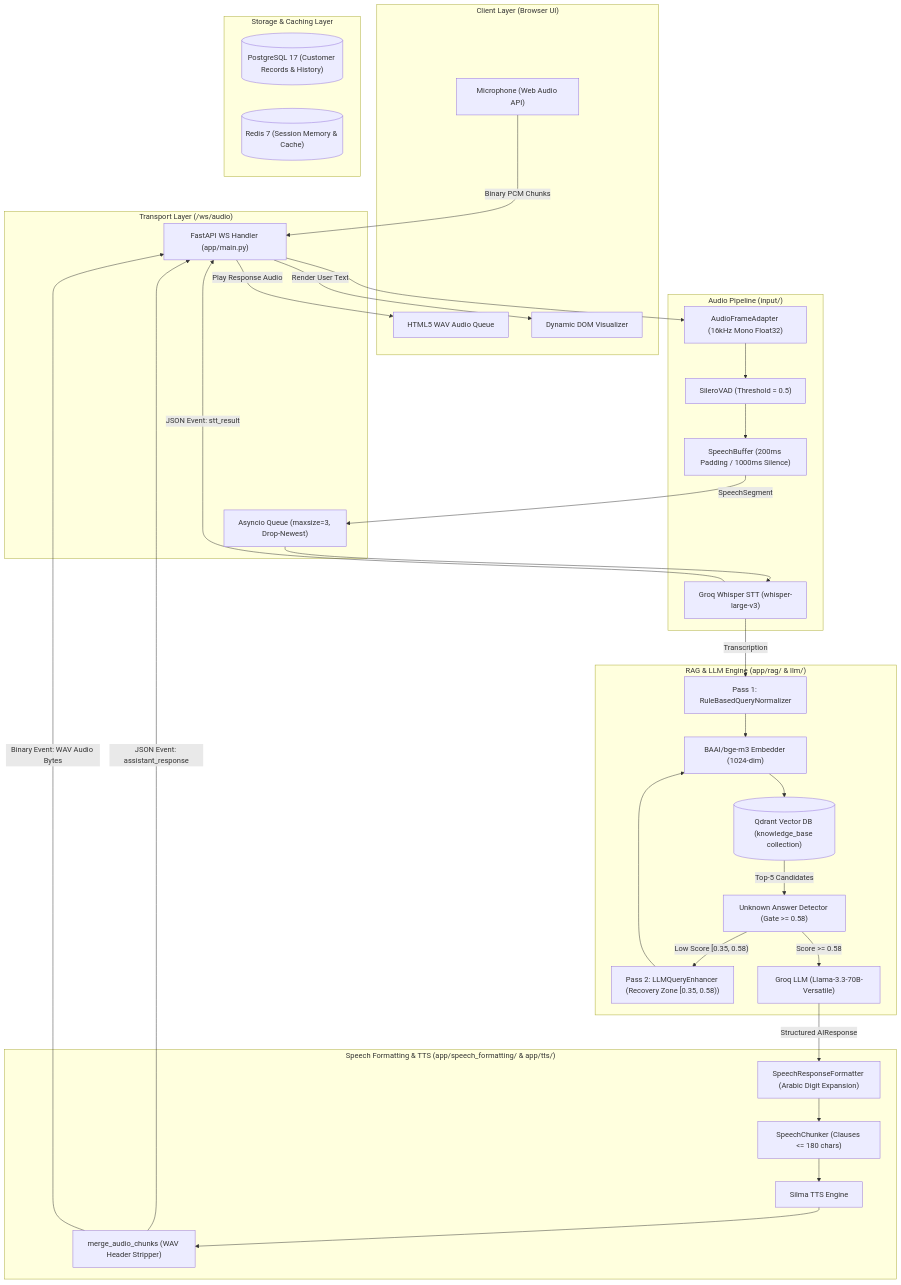
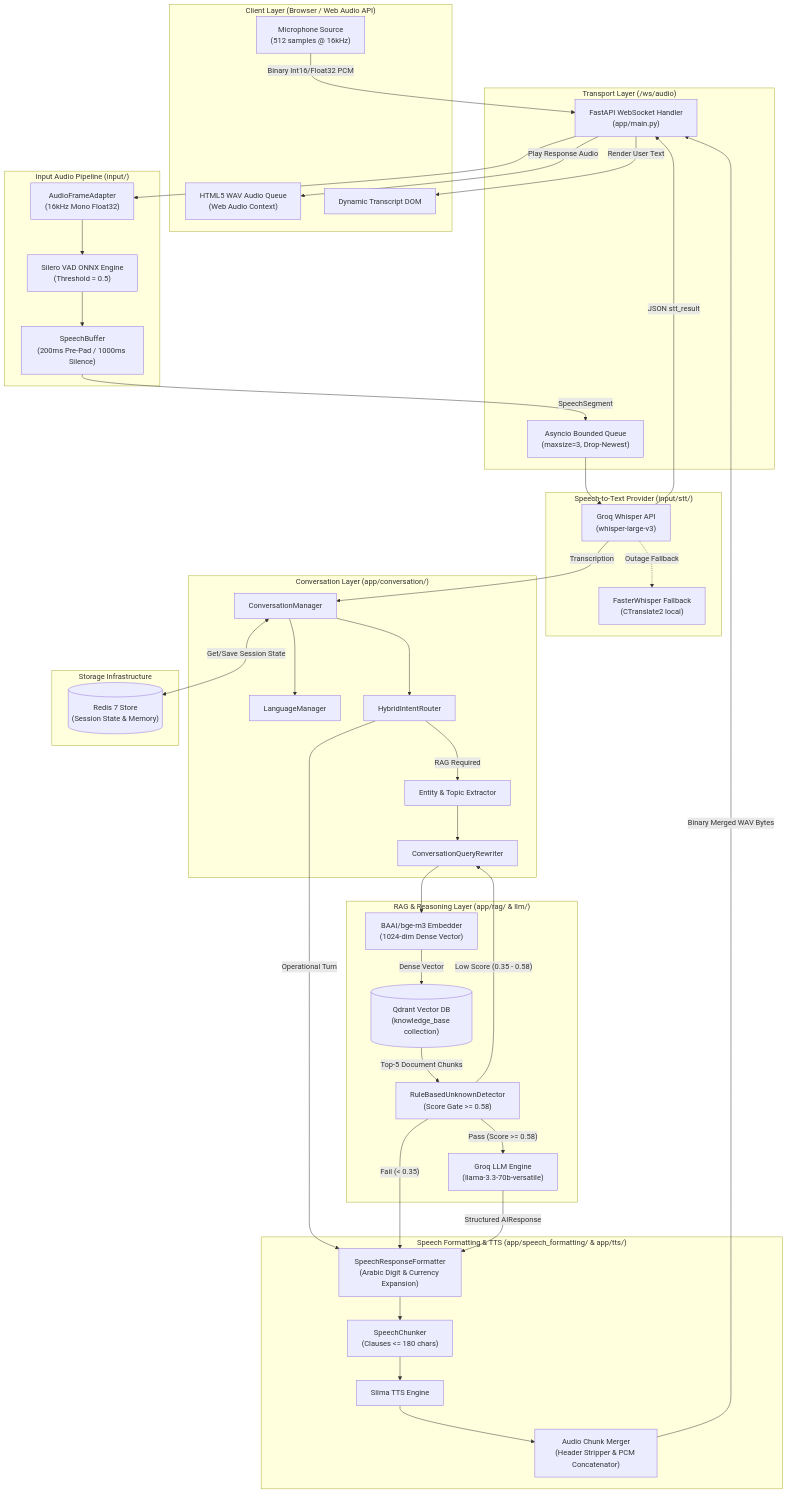
One commit to MaroWael/ai-voice-agent changed the first of 6 diagrams in SYSTEM_DOCUMENTATION.md. Above: the diagram before and after it, drawn with Mermaid. The commit also changed other lines of this file and 32 other files, not shown here.

````diff
--- a/SYSTEM_DOCUMENTATION.md
+++ b/SYSTEM_DOCUMENTATION.md
@@ -73,58 +157,75 @@
 ```mermaid
 flowchart TD
-    subgraph Client ["Client Layer (Browser UI)"]
-        Mic["Microphone (Web Audio API)"]
-        Player["HTML5 WAV Audio Queue"]
-        UI["Dynamic DOM Visualizer"]
+    subgraph Client ["Client Layer (Browser / Web Audio API)"]
+        Mic["Microphone Source\n(512 samples @ 16kHz)"]
+        Player["HTML5 WAV Audio Queue\n(Web Audio Context)"]
+        UI["Dynamic Transcript DOM"]
     end
 
     subgraph Transport ["Transport Layer (/ws/audio)"]
-        WSHandler["FastAPI WS Handler (app/main.py)"]
-        WorkerQueue["Asyncio Queue (maxsize=3, Drop-Newest)"]
+        WS["FastAPI WebSocket Handler\n(app/main.py)"]
+        Queue["Asyncio Bounded Queue\n(maxsize=3, Drop-Newest)"]
     end
 
-    subgraph InputProcessing ["Audio Pipeline (input/)"]
-        Adapter["AudioFrameAdapter (16kHz Mono Float32)"]
-        VAD["SileroVAD (Threshold = 0.5)"]
-        Buffer["SpeechBuffer (200ms Padding / 1000ms Silence)"]
-        STT["Groq Whisper STT (whisper-large-v3)"]
+    subgraph AudioPipeline ["Input Audio Pipeline (input/)"]
+        Adapter["AudioFrameAdapter\n(16kHz Mono Float32)"]
+        VAD["Silero VAD ONNX Engine\n(Threshold = 0.5)"]
+        Buffer["SpeechBuffer\n(200ms Pre-Pad / 1000ms Silence)"]
     end
 
-    subgraph RAGReasoning ["RAG & LLM Engine (app/rag/ & llm/)"]
-        Pass1Norm["Pass 1: RuleBasedQueryNormalizer"]
-        BGE["BAAI/bge-m3 Embedder (1024-dim)"]
-        Qdrant[("Qdrant Vector DB (knowledge_base collection)")]
-        UnknownDetector["Unknown Answer Detector (Gate >= 0.58)"]
-        Pass2LLM["Pass 2: LLMQueryEnhancer (Recovery Zone [0.35, 0.58))"]
-        GroqLLM["Groq LLM (Llama-3.3-70B-Versatile)"]
+    subgraph STTLayer ["Speech-to-Text Provider (input/stt/)"]
+        GroqSTT["Groq Whisper API\n(whisper-large-v3)"]
+        LocalSTT["FasterWhisper Fallback\n(CTranslate2 local)"]
     end
 
-    subgraph ResponseTTS ["Speech Formatting & TTS (app/speech_formatting/ & app/tts/)"]
-        Formatter["SpeechResponseFormatter (Arabic Digit Expansion)"]
-        Chunker["SpeechChunker (Clauses <= 180 chars)"]
-        SilmaTTS["Silma TTS Engine"]
-        Merger["merge_audio_chunks (WAV Header Stripper)"]
+    subgraph ConvLayer ["Conversation Layer (app/conversation/)"]
+        ConvMgr["ConversationManager"]
+        LangMgr["LanguageManager"]
+        Router["HybridIntentRouter"]
+        EntityExtractor["Entity & Topic Extractor"]
+        Rewriter["ConversationQueryRewriter"]
     end
 
-    subgraph Infrastructure ["Storage & Caching Layer"]
-        PostgresDB[("PostgreSQL 17 (Customer Records & History)")]
-        RedisCache[("Redis 7 (Session Memory & Cache)")]
+    subgraph RAGReasoning ["RAG & Reasoning Layer (app/rag/ & llm/)"]
+        BGE["BAAI/bge-m3 Embedder\n(1024-dim Dense Vector)"]
+        Qdrant[("Qdrant Vector DB\n(knowledge_base collection)")]
+        Gate["RuleBasedUnknownDetector\n(Score Gate >= 0.58)"]
+        GroqLLM["Groq LLM Engine\n(llama-3.3-70b-versatile)"]
     end
 
-    Mic -->|Binary PCM Chunks| WSHandler
-    WSHandler --> Adapter --> VAD --> Buffer
-    Buffer -->|SpeechSegment| WorkerQueue
-    WorkerQueue --> STT
-    STT -->|JSON Event: stt_result| WSHandler
-    WSHandler -->|Render User Text| UI
-    STT -->|Transcription| Pass1Norm
-    Pass1Norm --> BGE --> Qdrant
-    Qdrant -->|Top-5 Candidates| UnknownDetector
-    UnknownDetector -- Low Score [0.35, 0.58) --> Pass2LLM --> BGE
-    UnknownDetector -- Score >= 0.58 --> GroqLLM
+    subgraph SpeechGen ["Speech Formatting & TTS (app/speech_formatting/ & app/tts/)"]
+        Formatter["SpeechResponseFormatter\n(Arabic Digit & Currency Expansion)"]
+        Chunker["SpeechChunker\n(Clauses <= 180 chars)"]
+        SilmaTTS["Silma TTS Engine"]
+        Merger["Audio Chunk Merger\n(Header Stripper & PCM Concatenator)"]
+    end
+
+    subgraph Storage ["Storage Infrastructure"]
+        RedisDB[("Redis 7 Store\n(Session State & Memory)")]
+    end
+
+    Mic -->|Binary Int16/Float32 PCM| WS
+    WS --> Adapter --> VAD --> Buffer
+    Buffer -->|SpeechSegment| Queue
+    Queue --> GroqSTT
+    GroqSTT -. Outage Fallback .-> LocalSTT
+    GroqSTT -->|JSON stt_result| WS -->|Render User Text| UI
+    GroqSTT -->|Transcription| ConvMgr
+    
+    ConvMgr <-->|Get/Save Session State| RedisDB
+    ConvMgr --> LangMgr
+    ConvMgr --> Router
+    Router -- Operational Turn --> Formatter
+    Router -- RAG Required --> EntityExtractor --> Rewriter --> BGE
+    
+    BGE -->|Dense Vector| Qdrant
+    Qdrant -->|Top-5 Document Chunks| Gate
+    Gate -- Pass (Score >= 0.58) --> GroqLLM
+    Gate -- Low Score (0.35 - 0.58) --> Rewriter
+    Gate -- Fail (< 0.35) --> Formatter
     GroqLLM -->|Structured AIResponse| Formatter
+    
     Formatter --> Chunker --> SilmaTTS --> Merger
-    Merger -->|JSON Event: assistant_response| WSHandler
-    Merger -->|Binary Event: WAV Audio Bytes| WSHandler
-    WSHandler -->|Play Response Audio| Player
+    Merger -->|Binary Merged WAV Bytes| WS
+    WS -->|Play Response Audio| Player
 ```
````
